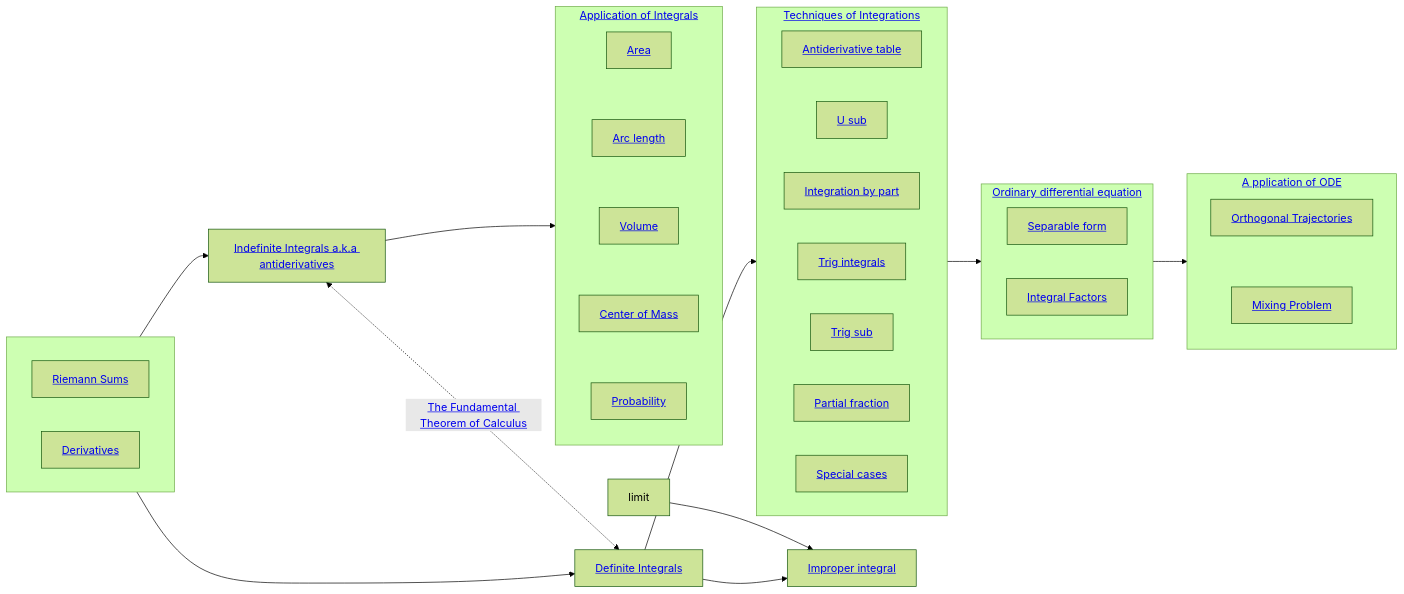
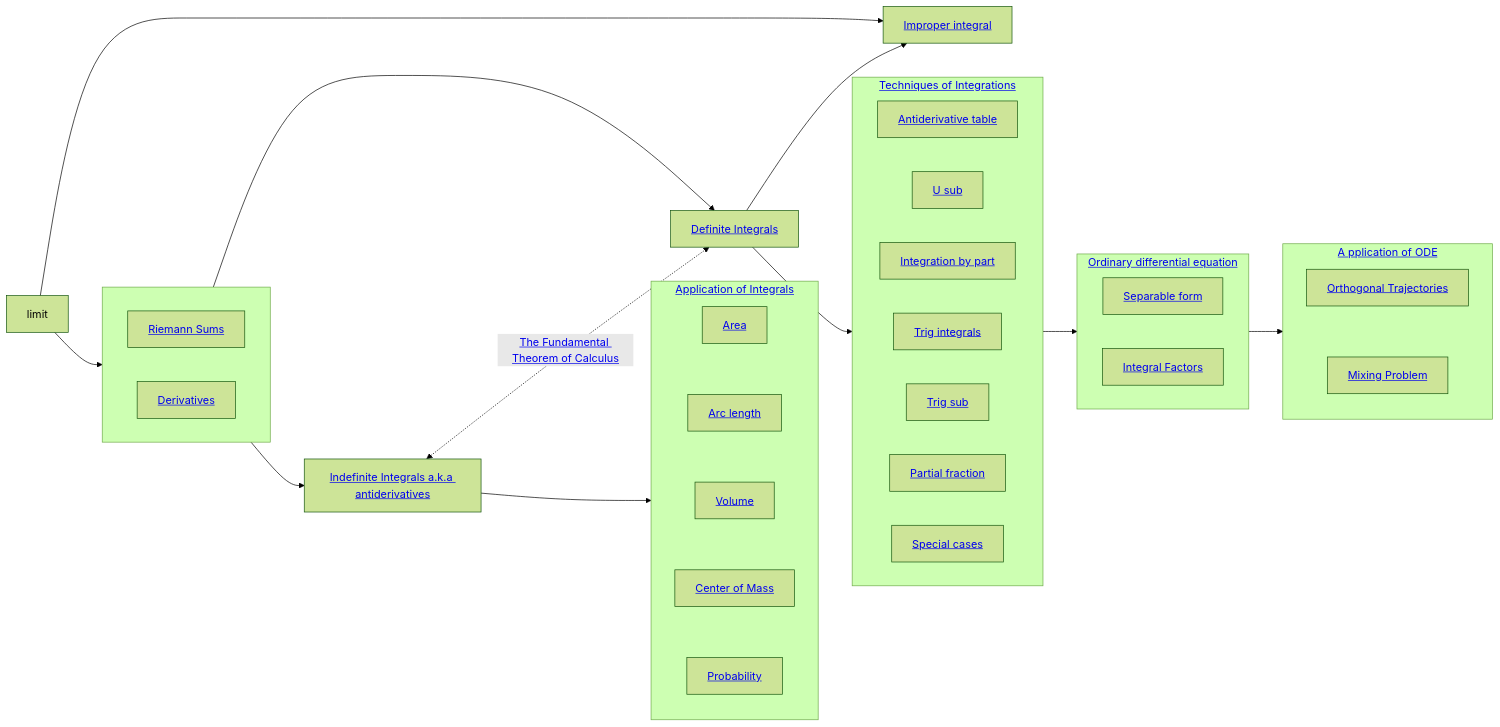
One commit to junwenwaynepeng/junwenwaynepeng.github.io changed the diagram in _posts/2023-12-11-Calculus-2-overview.md. Above: the diagram before and after it, drawn with Mermaid (forest theme).

````diff
--- a/_posts/2023-12-11-Calculus-2-overview.md
+++ b/_posts/2023-12-11-Calculus-2-overview.md
@@ -12,62 +12,63 @@
 ```mermaid
 %%{init: {"flowchart":{"useMaxWidth": 0}}}%%
 flowchart LR;
 RiemannSum[<a href='../books/calculus/4-definite-and-indefinite-integrals/#riemann-sum'>Riemann Sums</a>];
 Derivative[<a href='#'>Derivatives</a>];
 Limit["limit"];
 IndefiniteIntegral[<a href='../books/calculus/4-definite-and-indefinite-integrals/#definition-of-indefinite-integral-aka-antiderivatives'>Indefinite Integrals a.k.a antiderivatives</a>];
 DefiniteIntegral[<a href='../books/calculus/4-definite-and-indefinite-integrals/#definition-of-indefinite-integral'>Definite Integrals</a>];
 ImproperIntegral[<a href='../books/calculus/7-improper-integrals/'>Improper integral</a>];
 AntiderivativeTable[<a href='../books/calculus/5-techs-of-integration/#antiderivative-table'>Antiderivative table</a>];
 USub[<a href='../books/calculus/5-techs-of-integration/#the-substitution-rule'>U sub</a>];
 IBP[<a href='../books/calculus/5-techs-of-integration/#integration-by-part'>Integration by part</a>];
 TrigIntegral[<a href='../books/calculus/5-techs-of-integration/#trig-integrals'>Trig integrals</a>];
 TrigSub[<a href='../books/calculus/5-techs-of-integration/#trigonometric-substitution'>Trig sub</a>];
 PF[<a href='../books/calculus/5-techs-of-integration/#partial-fraction'>Partial fraction</a>];
 SC[<a href='../books/calculus/5-techs-of-integration/#special-cases'>Special cases</a>];
 Area[<a href='../books/calculus/6-1-geometric-applications-of-integration/#area'>Area</a>];
 ArcLength[<a href='../books/calculus/6-1-geometric-applications-of-integration/#arc-length'>Arc length</a>];
 Volume[<a href='../books/calculus/6-1-geometric-applications-of-integration/#volume-of-a-solid'>Volume</a>];
 CenterOfMass[<a href='../books/calculus/6-1-geometric-applications-of-integration/#center-of-mass'>Center of Mass</a>];
 Probability[<a href='../books/calculus/6-2-probability/'>Probability</a>];
 SeparableForm[<a href='../books/calculus/8-1-how-to-solve-order-1-odes/#separable-form'>Separable form</a>];
 Order1DiffEq[<a href='../books/calculus/8-1-how-to-solve-order-1-odes/#integral-factor-non-separable-form'>Integral Factors</a>];
 OrthTraj[<a href='../books/calculus/8-2-applications-of-odes/#orthogonal-trajectories'>Orthogonal Trajectories</a>]
 MixingProblem[<a href='../books/calculus/8-2-applications-of-odes/#mixing-problem'>Mixing Problem</a>]
 subgraph TechOfIntegration [<a href='../books/calculus/5-tech-of-integration'>Techniques of Integrations</a>];
     direction LR;
     AntiderivativeTable;
     USub;
     IBP;
     TrigIntegral;
     TrigSub;
     PF;
     SC;
 end;
 subgraph AppOfIntegral [<a href='../books/calculus/6-applications-of-integration'>Application of Integrals</a>];
     direction TB;
     Area~~~ArcLength~~~Volume~~~CenterOfMass~~~Probability;
 end;
 subgraph ODE [<a href='../books/calculus/8-ordinary-differential-equations/'>Ordinary differential equation</a>];
     direction LR;
     SeparableForm;
     Order1DiffEq;
 end;
 subgraph AppOfODE [<a href='../books/calculus/8-2-applications-of-odes'>A pplication of ODE</a>];
     direction TB;
     OrthTraj~~~MixingProblem;
 end;
 subgraph align[" "];
     direction LR;
     Derivative;
     RiemannSum;
 end;
+Limit-->RiemannSum
 Limit & DefiniteIntegral-->ImproperIntegral;
 RiemannSum-->DefiniteIntegral;
 Derivative-->IndefiniteIntegral;
 IndefiniteIntegral<-.->|<a href='../books/calculus/4-1-the-fundamental-theorem-of-calculus/'>The Fundamental Theorem of Calculus</a>|DefiniteIntegral;
 IndefiniteIntegral-->AppOfIntegral;
 DefiniteIntegral-->TechOfIntegration;
 TechOfIntegration-->ODE-->AppOfODE;
 
 ```
````
